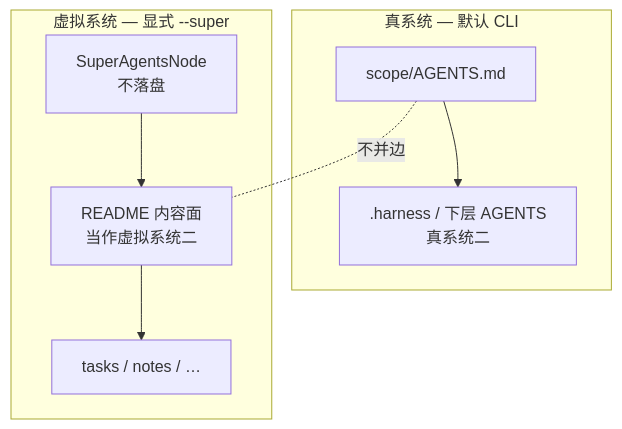
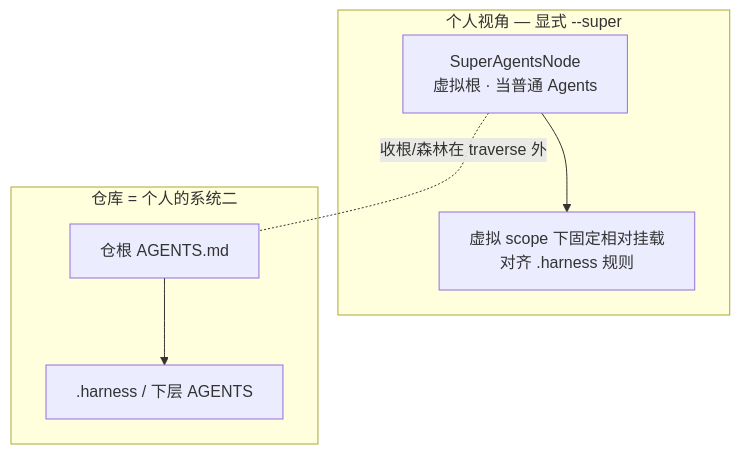
Before and after one commit to VirusPC/edges: the first of 6 diagrams in extensions/cli/src/domain/models/README.md, drawn with Mermaid. The commit also changed other lines of this file and 3 other files, not shown here.

Commit message:
docs: README/CONTEXT 写入 traverse 单系统与 Super 森林原则

````diff
--- a/extensions/cli/src/domain/models/README.md
+++ b/extensions/cli/src/domain/models/README.md
@@ -19,11 +20,10 @@
 ```mermaid
 flowchart TB
-  subgraph real["真系统 — 默认 CLI"]
-    A["scope/AGENTS.md"] --> H[".harness / 下层 AGENTS<br/>真系统二"]
+  subgraph personal["个人视角 — 显式 --super"]
+    S["SuperAgentsNode<br/>虚拟根 · 当普通 Agents"] --> M["虚拟 scope 下固定相对挂载<br/>对齐 .harness 规则"]
   end
-  subgraph virt["虚拟系统 — 显式 --super"]
-    S["SuperAgentsNode<br/>不落盘"] --> R["README 内容面<br/>当作虚拟系统二"]
-    R --> T["tasks / notes / …"]
+  subgraph repo["仓库 = 个人的系统二"]
+    A["仓根 AGENTS.md"] --> H[".harness / 下层 AGENTS"]
   end
-  A -. "不并边" .- R
+  S -. "收根/森林在 traverse 外" .- A
 ```
````
